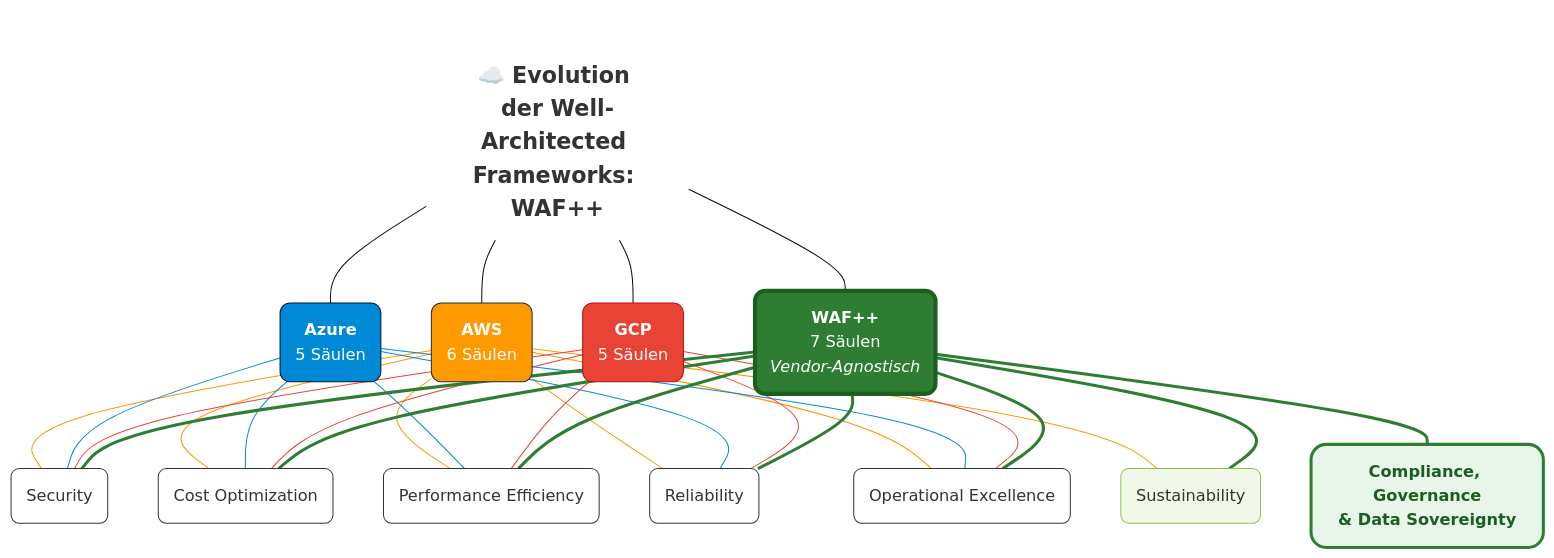
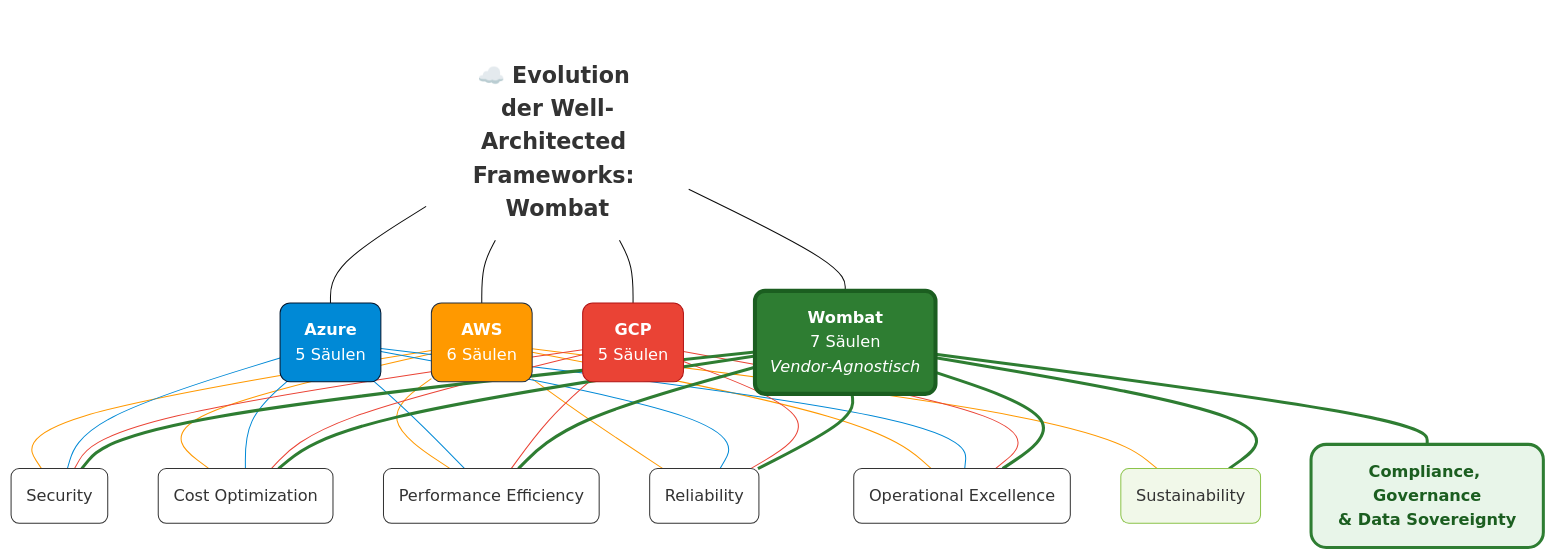
The second of 2 diagrams in diagrams/vergleich_der_WAFs.md (WAF2p/waf2p.github.io), drawn with Mermaid (base theme) before and after one commit. The commit also changed other lines of this file and 956 other files, not shown here.

````diff
--- a/diagrams/vergleich_der_WAFs.md
+++ b/diagrams/vergleich_der_WAFs.md
@@ -69,74 +69,74 @@
 ```mermaid
 graph TD
     %% Titel
-    Title[<br>☁️ <b>Evolution der Well-Architected Frameworks: WAF++</b><br>]
+    Title[<br>☁️ <b>Evolution der Well-Architected Frameworks: Wombat</b><br>]
     style Title fill:none,stroke:none,font-size:22px
 
     %% Provider-Knoten
     AWS(<b>AWS</b><br>6 Säulen)
     Azure(<b>Azure</b><br>5 Säulen)
     GCP(<b>GCP</b><br>5 Säulen)
-    WAFPP(<b>WAF++</b><br>7 Säulen<br><i>Vendor-Agnostisch</i>)
+    WAFPP(<b>Wombat</b><br>7 Säulen<br><i>Vendor-Agnostisch</i>)
 
     %% Säulen
     S1(Security)
     S2(Cost Optimization)
     S3(Performance Efficiency)
     S4(Reliability)
     S5(Operational Excellence)
     S6(Sustainability)
     S7(<b>Compliance, Governance<br>& Data Sovereignty</b>)
 
     %% Styling Provider
     style AWS fill:#FF9900,stroke:#232F3E,color:#fff,rx:10,ry:10
     style Azure fill:#0089D6,stroke:#001731,color:#fff,rx:10,ry:10
     style GCP fill:#EA4335,stroke:#B21414,color:#fff,rx:10,ry:10
     style WAFPP fill:#2E7D32,stroke:#1B5E20,color:#fff,stroke-width:4px,rx:10,ry:10
     
     %% Styling Säulen
     style S1 fill:#fff,stroke:#333,rx:8,ry:8
     style S2 fill:#fff,stroke:#333,rx:8,ry:8
     style S3 fill:#fff,stroke:#333,rx:8,ry:8
     style S4 fill:#fff,stroke:#333,rx:8,ry:8
     style S5 fill:#fff,stroke:#333,rx:8,ry:8
     style S6 fill:#f1f8e9,stroke:#8bc34a,rx:8,ry:8
     style S7 fill:#E8F5E9,stroke:#2E7D32,stroke-width:3px,color:#1B5E20,rx:15,ry:15
 
     %% Verbindungen
     Title --- AWS & Azure & GCP & WAFPP
 
     %% AWS Pfeile (Orange)
     AWS --- S1
     AWS --- S2
     AWS --- S3
     AWS --- S4
     AWS --- S5
     AWS --- S6
     linkStyle 4,5,6,7,8,9 stroke:#FF9900,stroke-width:1px
 
     %% Azure Pfeile (Blau)
     Azure --- S1
     Azure --- S2
     Azure --- S3
     Azure --- S4
     Azure --- S5
     linkStyle 10,11,12,13,14 stroke:#0089D6,stroke-width:1px
 
     %% GCP Pfeile (Rot)
     GCP --- S1
     GCP --- S2
     GCP --- S3
     GCP --- S4
     GCP --- S5
     linkStyle 15,16,17,18,19 stroke:#EA4335,stroke-width:1px
 
-    %% WAF++ Pfeile (Grün - Hervorgehoben)
+    %% Wombat Pfeile (Grün - Hervorgehoben)
     WAFPP --- S1
     WAFPP --- S2
     WAFPP --- S3
     WAFPP --- S4
     WAFPP --- S5
     WAFPP --- S6
     WAFPP --- S7
     linkStyle 20,21,22,23,24,25,26 stroke:#2E7D32,stroke-width:3px
 ```
````
